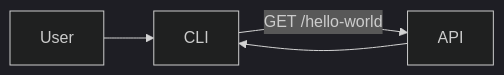
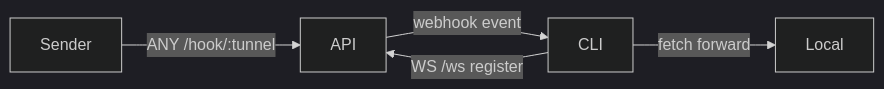
One commit to Tamicktom/meawhooks changed the diagram in AGENTS.md. Above: the diagram before and after it, drawn with Mermaid (dark theme). The commit also changed other lines of this file and 13 other files, not shown here.

Commit message:
Refactor API and CLI to support webhook forwarding via WebSocket. Update AGENTS.md and README.md with new command usage and API routes. Remove deprecated hello-world command from CLI.

````diff
--- a/AGENTS.md
+++ b/AGENTS.md
@@ -28,6 +28,7 @@
 ```mermaid
 flowchart LR
-  User --> CLI
-  CLI -->|"GET /hello-world"| API
-  API --> CLI
+  Sender -->|"ANY /hook/:tunnel"| API
+  CLI -->|"WS /ws register"| API
+  API -->|"webhook event"| CLI
+  CLI -->|"fetch forward"| Local
 ```
````
